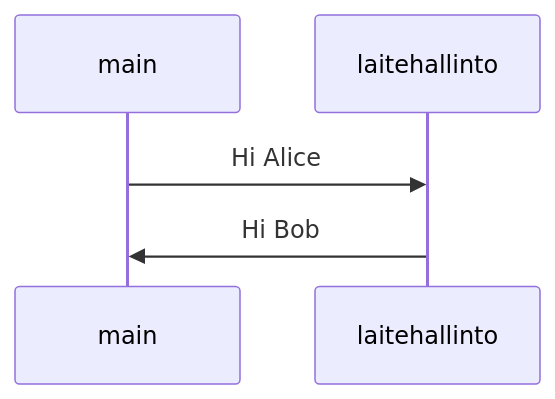
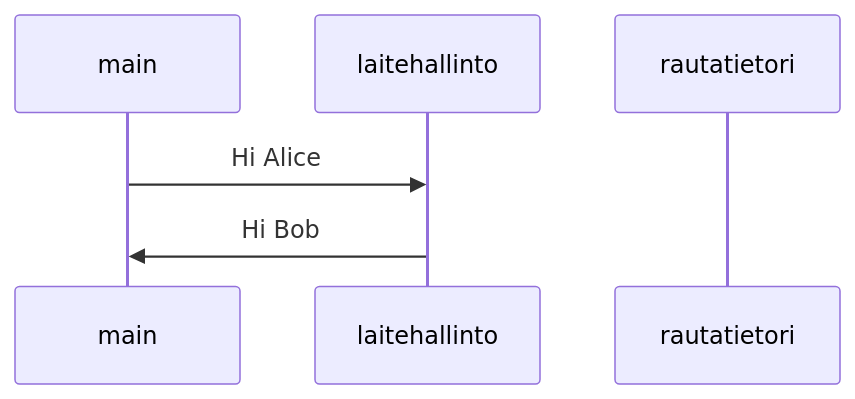
One commit to hannat1/ot-harjoitustyo changed the diagram in laskarit/viikko3/hlsmatkakortti.md. Above: the diagram before and after it, drawn with Mermaid.

````diff
--- a/laskarit/viikko3/hlsmatkakortti.md
+++ b/laskarit/viikko3/hlsmatkakortti.md
@@ -3,7 +3,8 @@
 ```mermaid
 sequenceDiagram
     participant main
     participant laitehallinto
+    participant rautatietori
     main->>laitehallinto: Hi Alice
     laitehallinto->>main: Hi Bob
 ```
````
